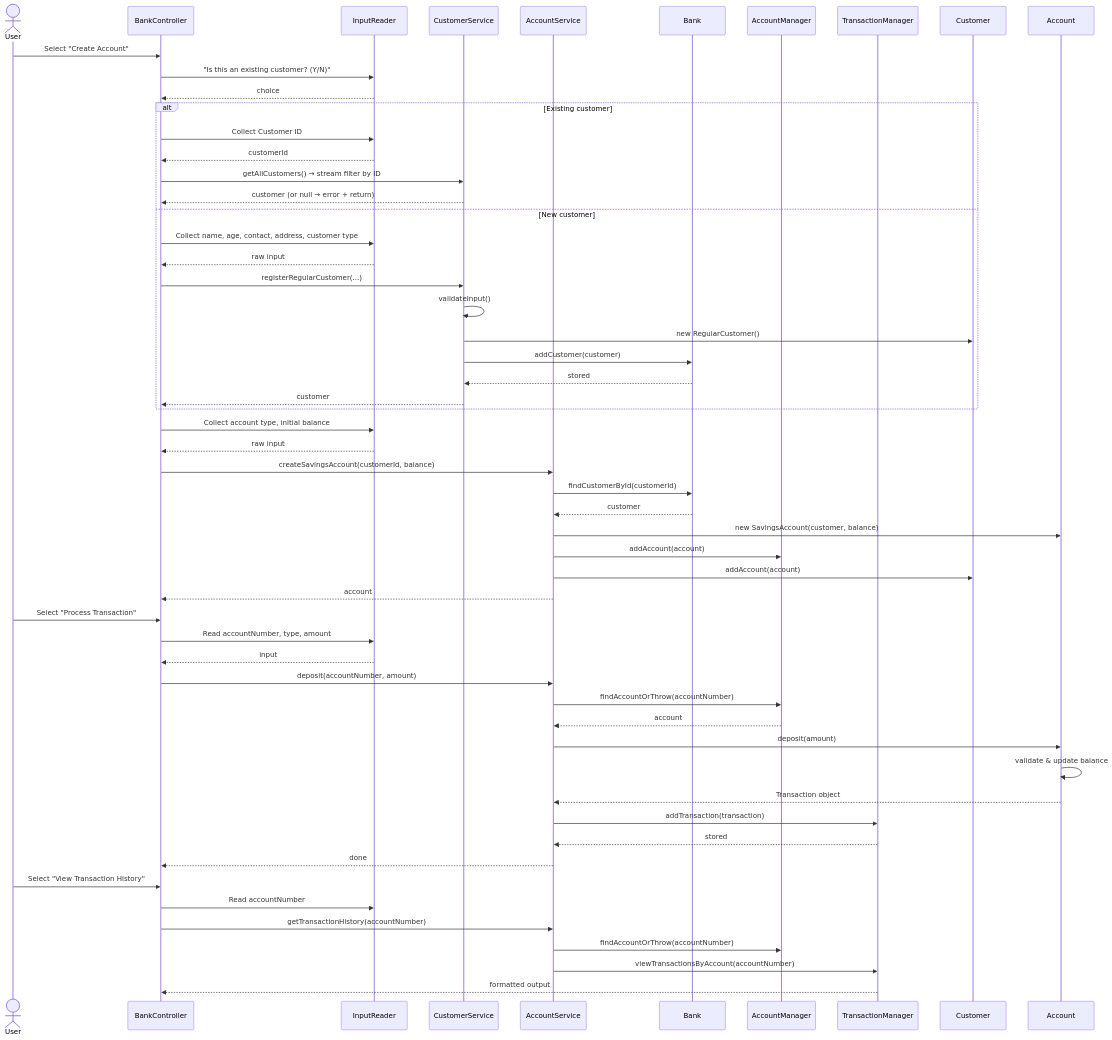
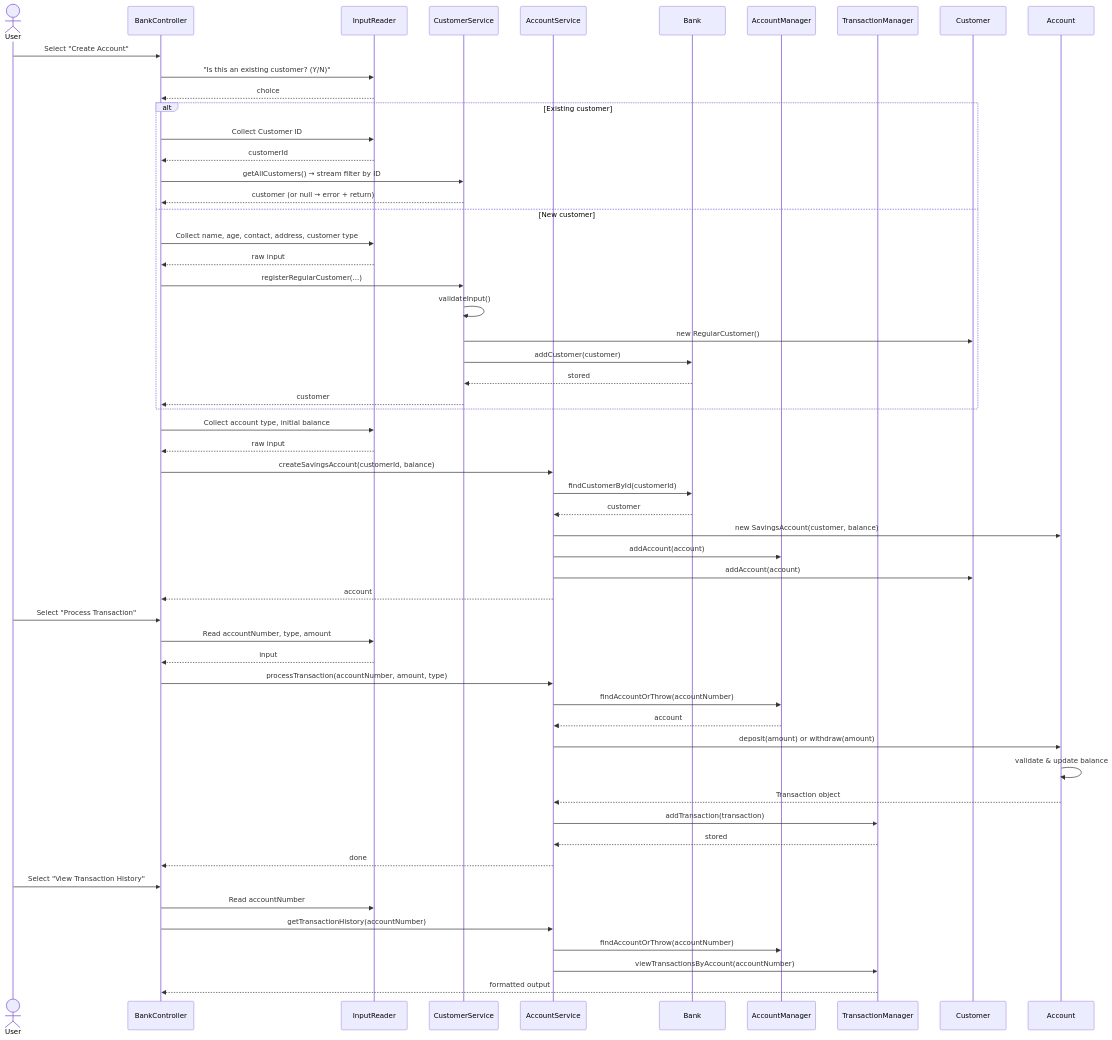
The diagram in architecture.md (nellybutera/bank-management-system), drawn with Mermaid before and after one commit. The commit also changed other lines of this file and 5 other files, not shown here.

````diff
--- a/architecture.md
+++ b/architecture.md
@@ -287,66 +287,66 @@
 ```mermaid
 sequenceDiagram
     actor User
     participant BC as BankController
     participant IR as InputReader
     participant CS as CustomerService
     participant AS as AccountService
     participant B  as Bank
     participant AM as AccountManager
     participant TM as TransactionManager
     participant C  as Customer
     participant Acc as Account
 
     %% --- Account Creation ---
     User->>BC: Select "Create Account"
     BC->>IR: "Is this an existing customer? (Y/N)"
     IR-->>BC: choice
 
     alt Existing customer
         BC->>IR: Collect Customer ID
         IR-->>BC: customerId
         BC->>CS: getAllCustomers() → stream filter by ID
         CS-->>BC: customer (or null → error + return)
     else New customer
         BC->>IR: Collect name, age, contact, address, customer type
         IR-->>BC: raw input
         BC->>CS: registerRegularCustomer(...)
         CS->>CS: validateInput()
         CS->>C: new RegularCustomer()
         CS->>B: addCustomer(customer)
         B-->>CS: stored
         CS-->>BC: customer
     end
 
     BC->>IR: Collect account type, initial balance
     IR-->>BC: raw input
     BC->>AS: createSavingsAccount(customerId, balance)
     AS->>B: findCustomerById(customerId)
     B-->>AS: customer
     AS->>Acc: new SavingsAccount(customer, balance)
     AS->>AM: addAccount(account)
     AS->>C: addAccount(account)
     AS-->>BC: account
 
     %% --- Financial Transaction ---
     User->>BC: Select "Process Transaction"
     BC->>IR: Read accountNumber, type, amount
     IR-->>BC: input
-    BC->>AS: deposit(accountNumber, amount)
+    BC->>AS: processTransaction(accountNumber, amount, type)
     AS->>AM: findAccountOrThrow(accountNumber)
     AM-->>AS: account
-    AS->>Acc: deposit(amount)
+    AS->>Acc: deposit(amount) or withdraw(amount)
     Acc->>Acc: validate & update balance
     Acc-->>AS: Transaction object
     AS->>TM: addTransaction(transaction)
     TM-->>AS: stored
     AS-->>BC: done
 
     %% --- View History ---
     User->>BC: Select "View Transaction History"
     BC->>IR: Read accountNumber
     BC->>AS: getTransactionHistory(accountNumber)
     AS->>AM: findAccountOrThrow(accountNumber)
     AS->>TM: viewTransactionsByAccount(accountNumber)
     TM-->>BC: formatted output
 ```
````
